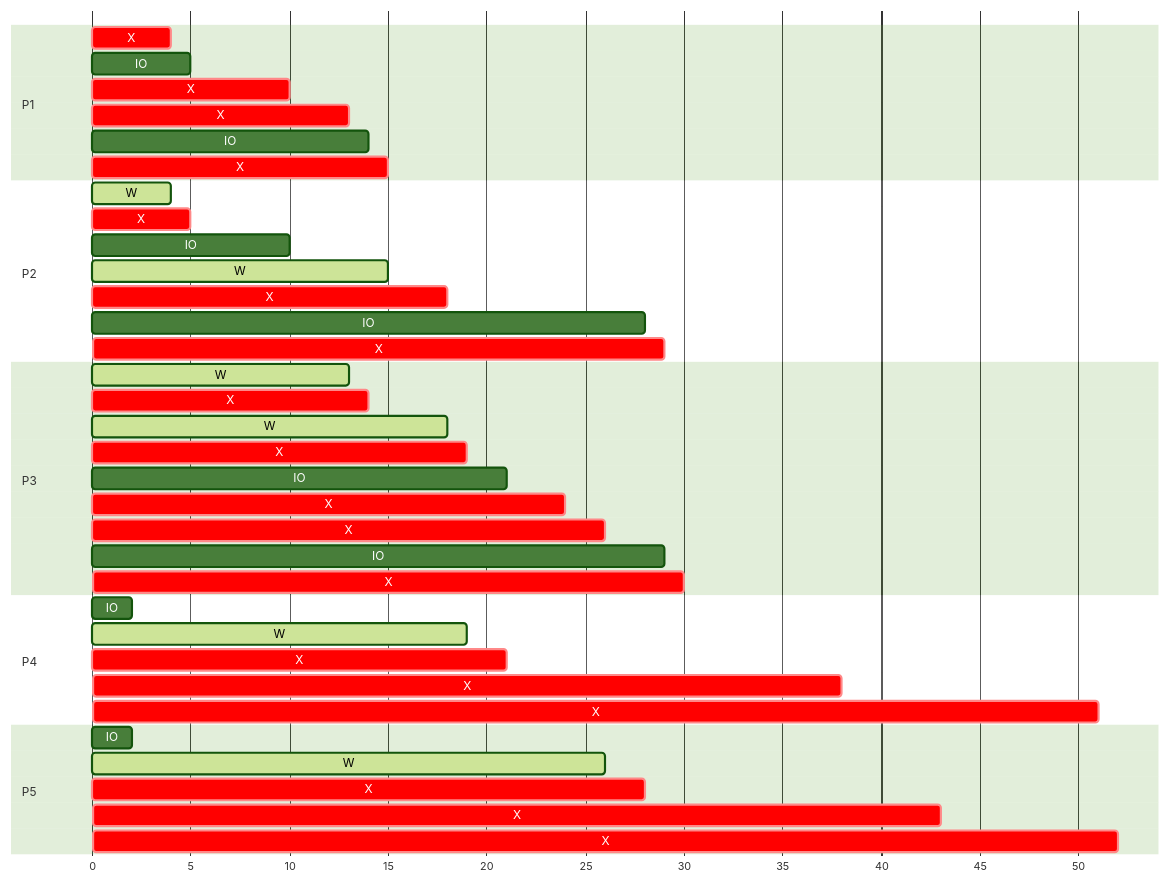
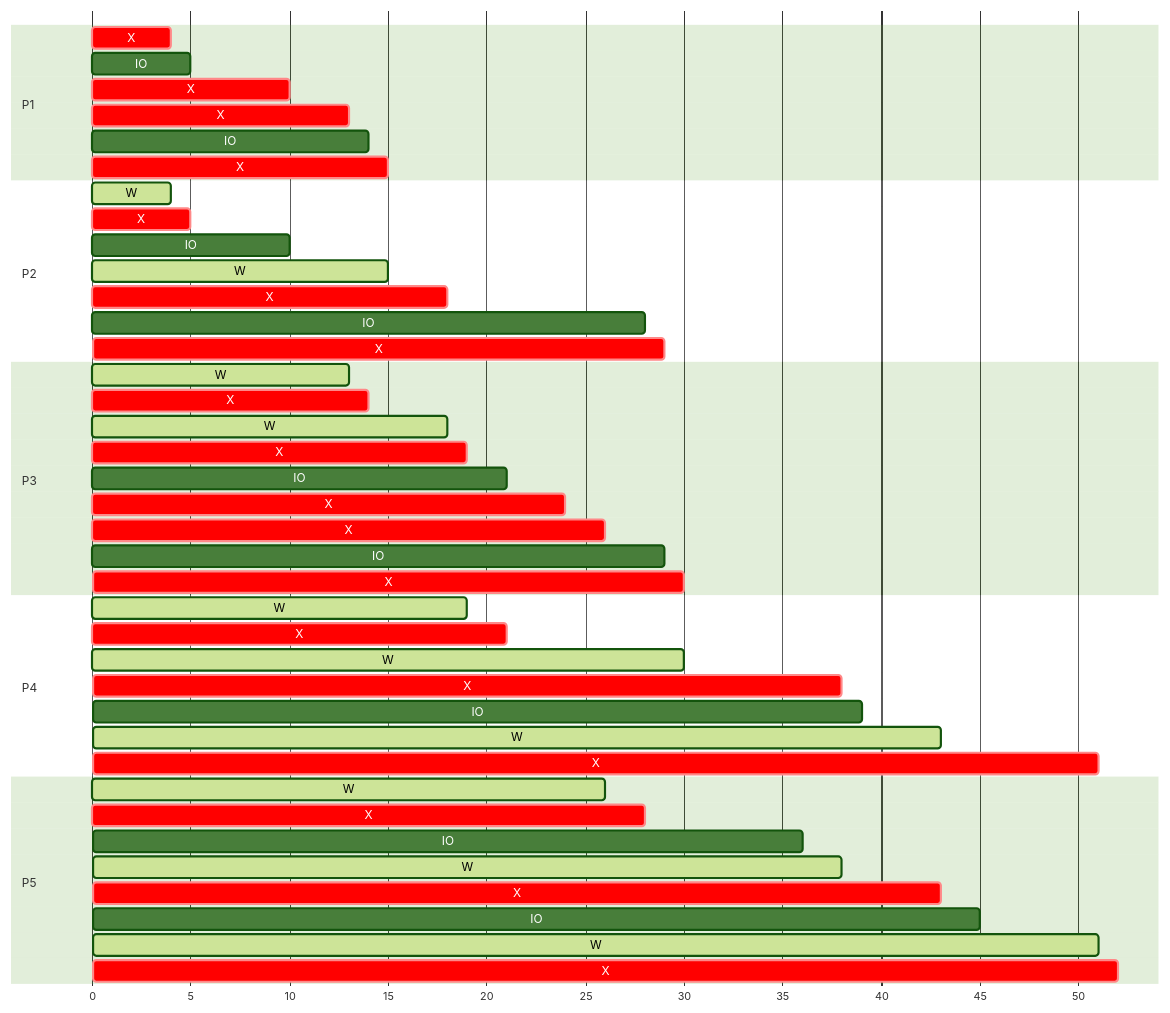
The second of 2 diagrams in CS/OS/data/25_scheduling.md (angelromarco04/MyNotes), drawn with Mermaid (forest theme) before and after one commit. The commit also changed 2 other files, not shown here.

Commit message:
-03-2024_1849

````diff
--- a/CS/OS/data/25_scheduling.md
+++ b/CS/OS/data/25_scheduling.md
@@ -138,51 +138,56 @@
 ```mermaid
 ---
 displayMode: compact
 ---
 gantt
     dateFormat X
     axisFormat %s
     
     section P1
         X       : crit, a, 0, 4
         IO      : a, 4, 5
 		X       : crit, a, 5, 10
 		X       : crit, a, 10, 13
 		IO      : a, 13, 14
 		X       : crit, a, 14, 15
 		
     section P2
 	    W       : active, b, 2, 4
 	    X       : crit, b, 4, 5
 	    IO      : b, 5, 10
 	    W       : active, b, 10, 15
 	    X       : crit, b, 15, 18
 	    IO      : b, 18, 28
 	    X       : crit, b, 28, 29
 	    
 	section P3
 		W       : active, c, 4, 13
 		X       : crit, c, 13, 14
 		W       : active, c, 14, 18
 	    X       : crit, c, 18, 19
 	    IO      : c, 19, 21
 	    X       : crit, c, 21, 24
 	    X       : crit, c, 24, 26
 	    IO      : c, 26, 29
 	    X       : crit, c, 29, 30
 
 	section P4
 		W       : active, d, 6, 19
 		X       : crit, d, 19, 21
-		IO      : d, 1, 2
+		W       : active, d, 21, 30
 		X       : crit, d, 30, 38
+		IO      : d, 38, 39
+		W       : active, d, 39, 43
 		X       : crit, d, 43, 51
 
 	section P5
 		W       : active, e, 8, 26
 		X       : crit, e, 26, 28
-		IO      : e, 1, 2
+		IO      : e, 28, 36
+		W       : active, e, 36, 38
 		X       : crit, e, 38, 43
+		IO      : e, 43, 45
+		W       : active, e, 45, 51
 		X       : crit, e, 51, 52
 
 ```
````
